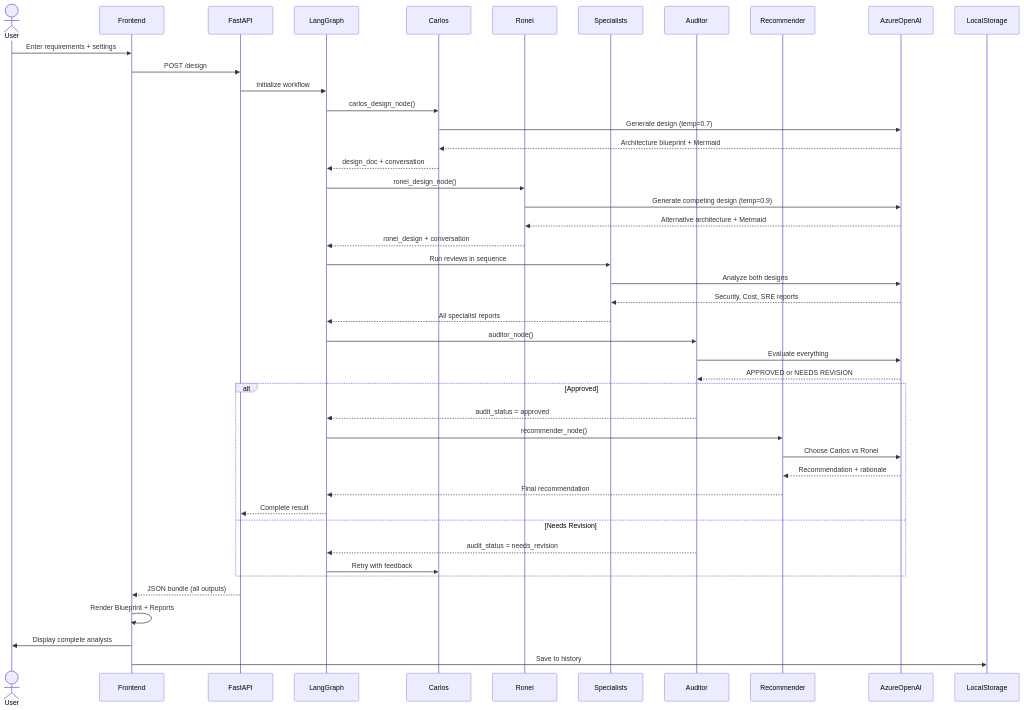
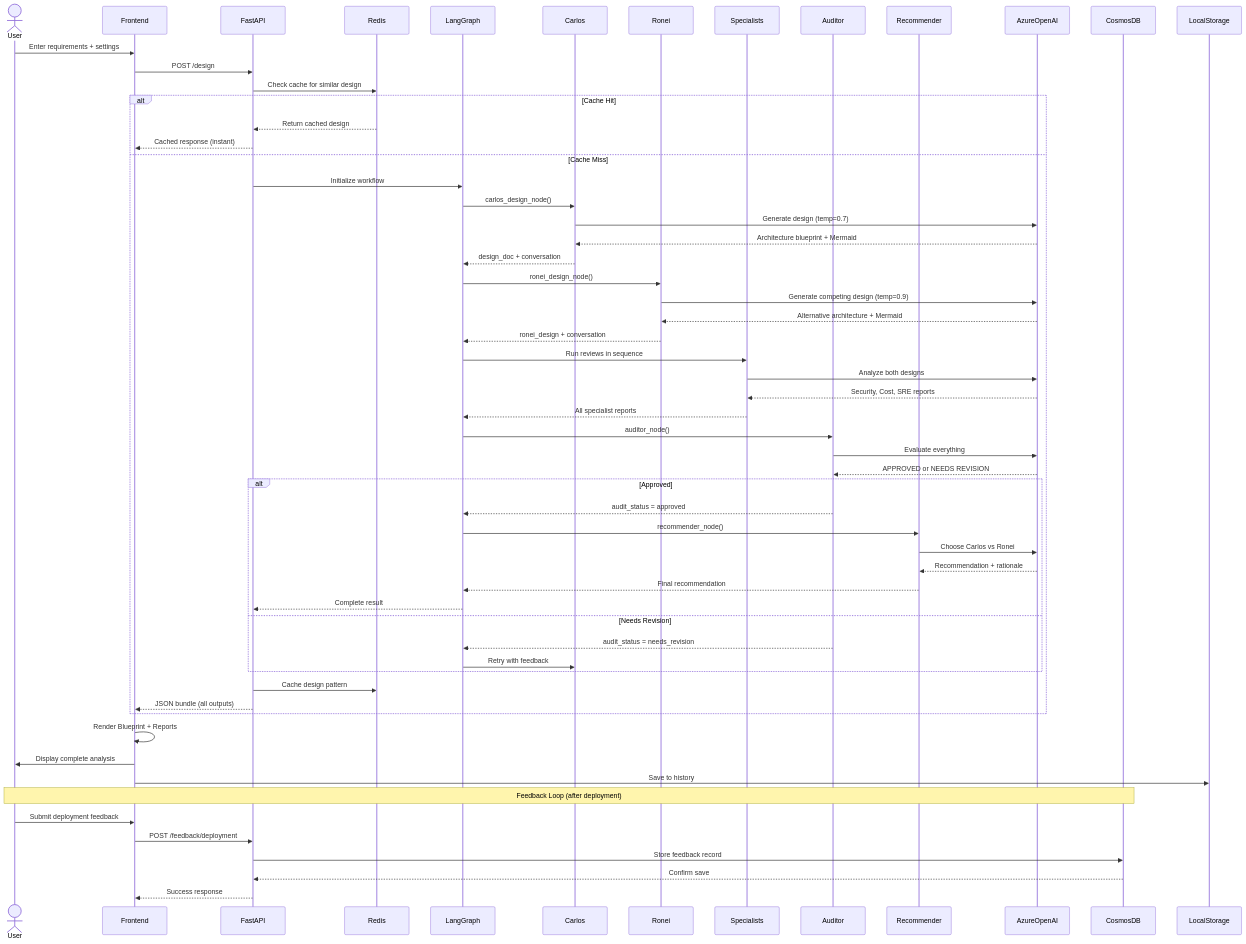
One commit to rtrentin73/carlos-the-architect changed the second of 3 diagrams in architecture-diagram.md. Above: the diagram before and after it, drawn with Mermaid. The commit also changed other lines of this file and 2 other files, not shown here.

First line of the commit message:
docs: Update documentation for Redis caching and Cosmos DB feedback

````diff
--- a/architecture-diagram.md
+++ b/architecture-diagram.md
@@ -95,53 +106,69 @@
 ```mermaid
 sequenceDiagram
     actor User
     participant Frontend
     participant FastAPI
+    participant Redis
     participant LangGraph
     participant Carlos
     participant Ronei
     participant Specialists
     participant Auditor
     participant Recommender
     participant AzureOpenAI
+    participant CosmosDB
 
     User->>Frontend: Enter requirements + settings
     Frontend->>FastAPI: POST /design
-    FastAPI->>LangGraph: Initialize workflow
+    FastAPI->>Redis: Check cache for similar design
+    alt Cache Hit
+        Redis-->>FastAPI: Return cached design
+        FastAPI-->>Frontend: Cached response (instant)
+    else Cache Miss
+        FastAPI->>LangGraph: Initialize workflow
 
     LangGraph->>Carlos: carlos_design_node()
     Carlos->>AzureOpenAI: Generate design (temp=0.7)
     AzureOpenAI-->>Carlos: Architecture blueprint + Mermaid
     Carlos-->>LangGraph: design_doc + conversation
 
     LangGraph->>Ronei: ronei_design_node()
     Ronei->>AzureOpenAI: Generate competing design (temp=0.9)
     AzureOpenAI-->>Ronei: Alternative architecture + Mermaid
     Ronei-->>LangGraph: ronei_design + conversation
 
     LangGraph->>Specialists: Run reviews in sequence
     Specialists->>AzureOpenAI: Analyze both designs
     AzureOpenAI-->>Specialists: Security, Cost, SRE reports
     Specialists-->>LangGraph: All specialist reports
 
     LangGraph->>Auditor: auditor_node()
     Auditor->>AzureOpenAI: Evaluate everything
     AzureOpenAI-->>Auditor: APPROVED or NEEDS REVISION
 
     alt Approved
         Auditor-->>LangGraph: audit_status = approved
         LangGraph->>Recommender: recommender_node()
         Recommender->>AzureOpenAI: Choose Carlos vs Ronei
         AzureOpenAI-->>Recommender: Recommendation + rationale
         Recommender-->>LangGraph: Final recommendation
         LangGraph-->>FastAPI: Complete result
     else Needs Revision
         Auditor-->>LangGraph: audit_status = needs_revision
         LangGraph->>Carlos: Retry with feedback
     end
 
-    FastAPI-->>Frontend: JSON bundle (all outputs)
+        FastAPI->>Redis: Cache design pattern
+        FastAPI-->>Frontend: JSON bundle (all outputs)
+    end
     Frontend->>Frontend: Render Blueprint + Reports
     Frontend->>User: Display complete analysis
     Frontend->>LocalStorage: Save to history
+
+    Note over User,CosmosDB: Feedback Loop (after deployment)
+    User->>Frontend: Submit deployment feedback
+    Frontend->>FastAPI: POST /feedback/deployment
+    FastAPI->>CosmosDB: Store feedback record
+    CosmosDB-->>FastAPI: Confirm save
+    FastAPI-->>Frontend: Success response
 ```
````
